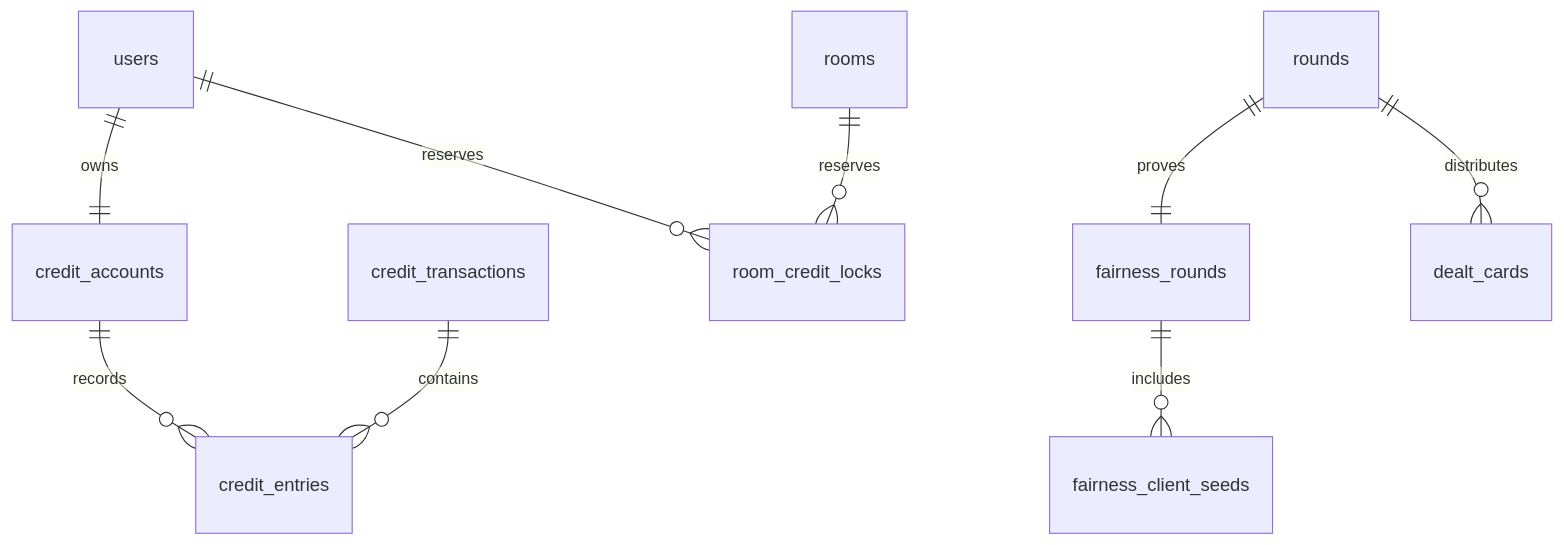
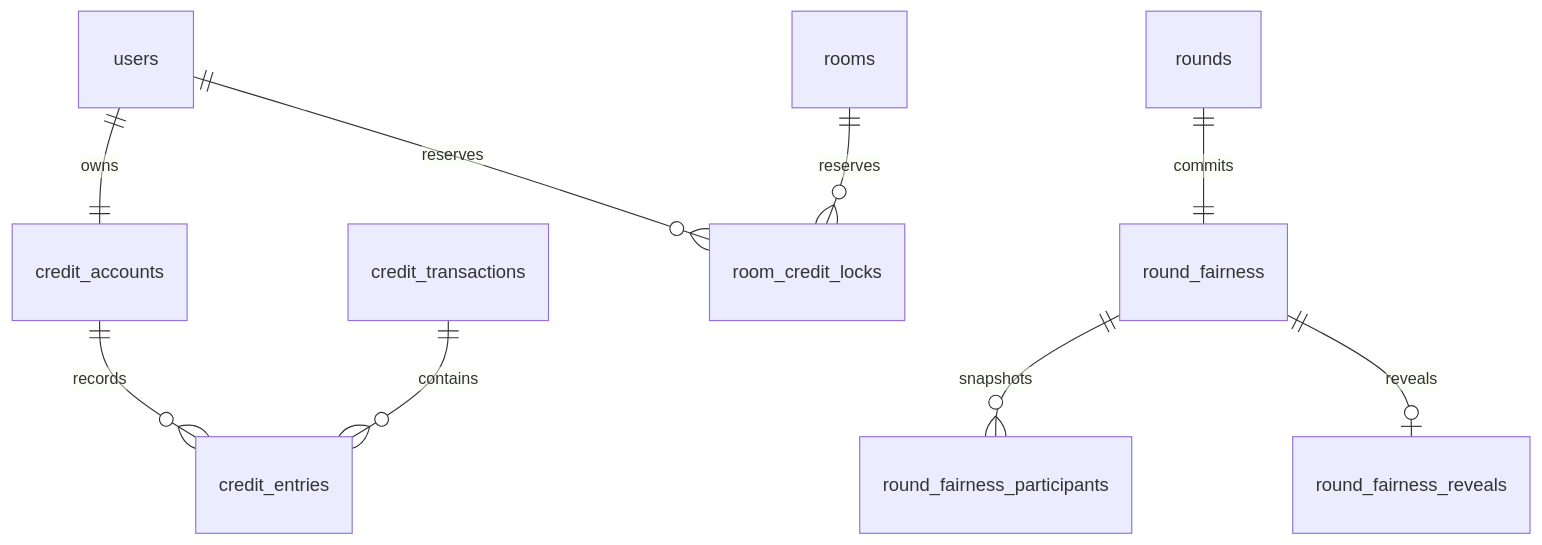
One commit to kanduit-lab/kkeutbal changed the diagram in docs/10-virtual-credit-and-fair-play.md. Above: the diagram before and after it, drawn with Mermaid. The commit also changed other lines of this file and 2 other files, not shown here.

Commit message:
docs: record fair round persistence and recovery

````diff
--- a/docs/10-virtual-credit-and-fair-play.md
+++ b/docs/10-virtual-credit-and-fair-play.md
@@ -63,11 +63,11 @@
 ```mermaid
 erDiagram
     users ||--|| credit_accounts : owns
     credit_accounts ||--o{ credit_entries : records
     credit_transactions ||--o{ credit_entries : contains
     rooms ||--o{ room_credit_locks : reserves
     users ||--o{ room_credit_locks : reserves
-    rounds ||--|| fairness_rounds : proves
-    fairness_rounds ||--o{ fairness_client_seeds : includes
-    rounds ||--o{ dealt_cards : distributes
+    rounds ||--|| round_fairness : commits
+    round_fairness ||--o{ round_fairness_participants : snapshots
+    round_fairness ||--o| round_fairness_reveals : reveals
 ```
````
